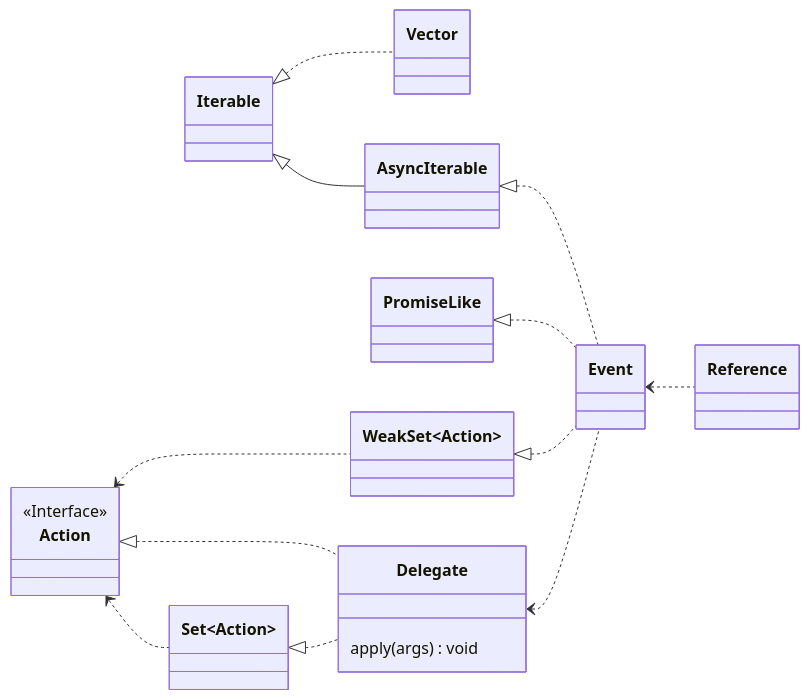
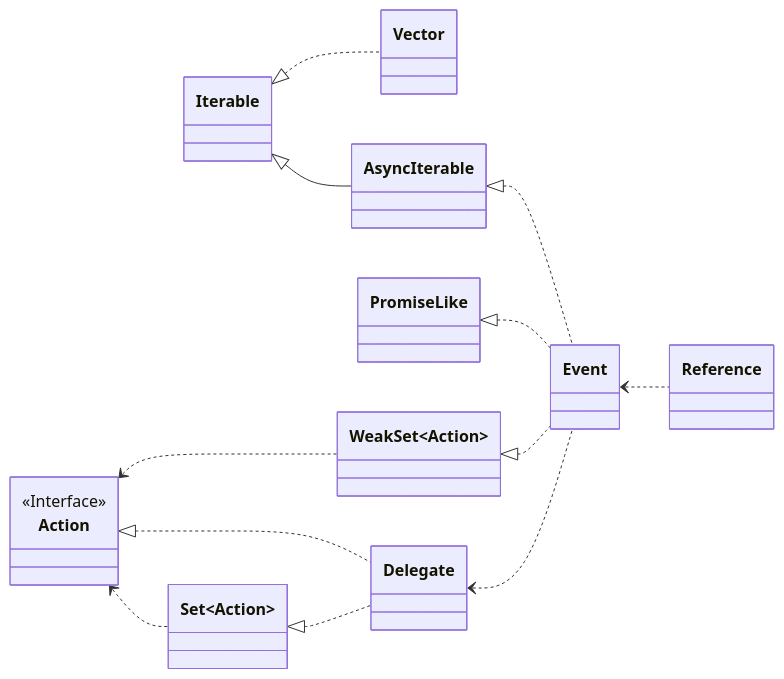
The fourth of 4 diagrams in README.md (domrally/peekeasy), drawn with Mermaid before and after one commit.

````diff
--- a/README.md
+++ b/README.md
@@ -204,24 +204,22 @@
 ```mermaid
 classDiagram
     direction LR
     Iterable <|.. Vector
     Iterable <|-- AsyncIterable
     AsyncIterable <|.. Event
     PromiseLike <|.. Event
     WeakSet~Action~ <|.. Event
     Action <.. WeakSet~Action~
     Action <.. Set~Action~
     Action <|.. Delegate
     Set~Action~ <|.. Delegate
     Delegate <.. Event
     Event <.. Reference
     class Action <<Interface>>
-    class Delegate {
-        apply(args) void
-    }
+    class Delegate
     link Delegate "https://github.com/domrally/peekeasy/blob/main/src/delegate.ts" "delegate.ts"
     class Event
     link Event "https://github.com/domrally/peekeasy/blob/main/src/event.ts" "event.ts"
     class Vector
     link Vector "https://github.com/domrally/peekeasy/blob/main/src/vector.ts" "vector.ts"
 ```
````
